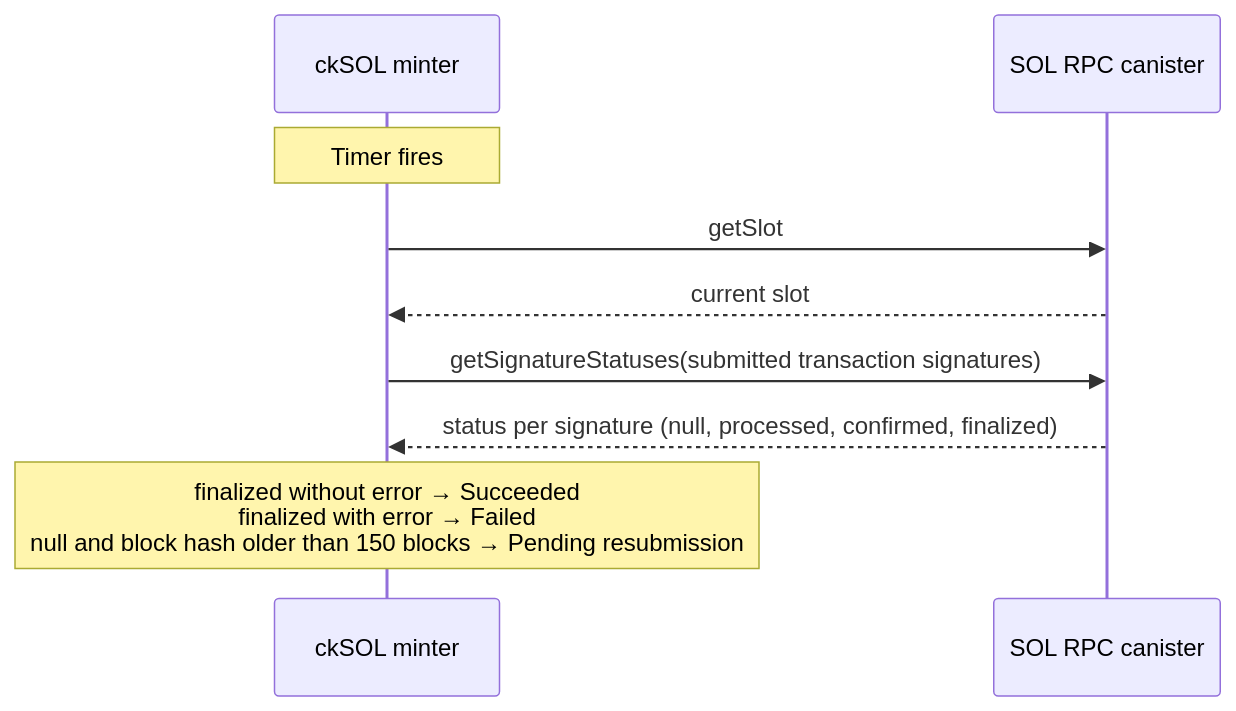
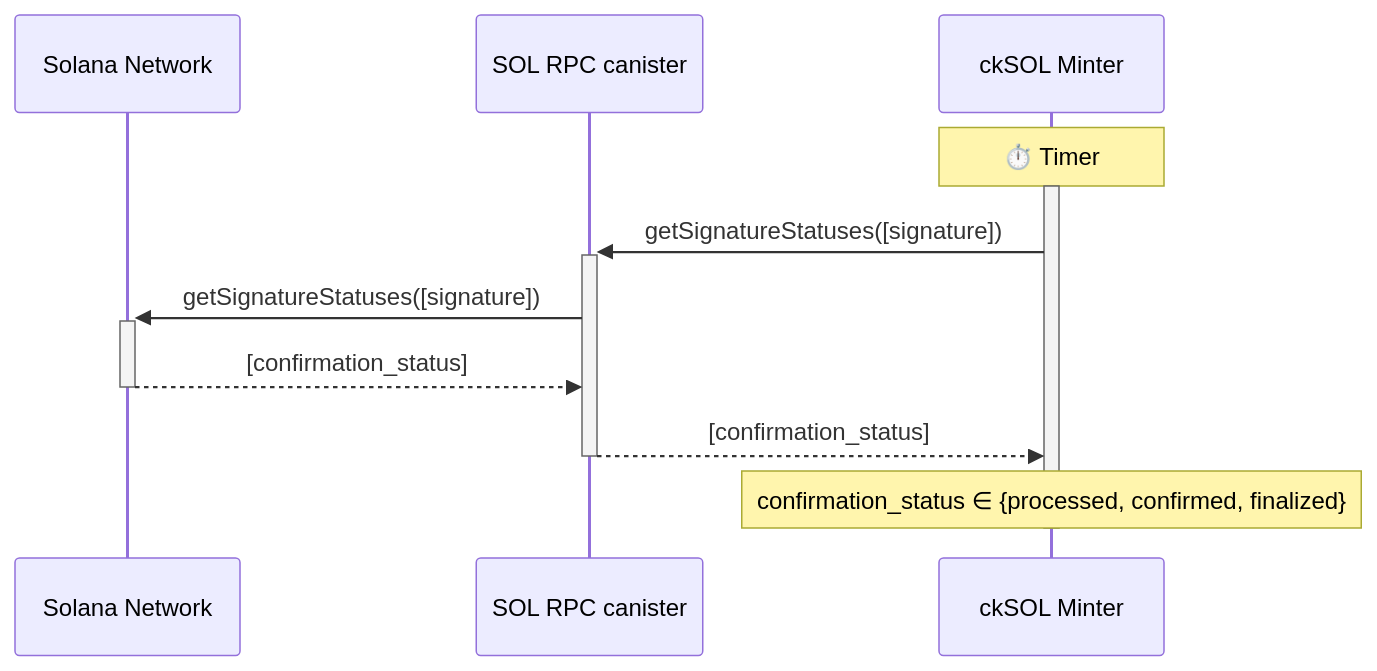
The sixth of 7 diagrams in docs/design.md (dfinity/cksol), drawn with Mermaid before and after one commit.

Commit message:
docs: match the finalization diagram to the original figure
Claude-Session: https://claude.ai/code/session_01VpFpbJ5sgNutGGJUQ5dmkr

````diff
--- a/docs/design.md
+++ b/docs/design.md
@@ -409,12 +409,15 @@
 ```mermaid
 sequenceDiagram
-    participant Minter as ckSOL minter
+    participant Solana as Solana Network
     participant RPC as SOL RPC canister
+    participant Minter as ckSOL Minter
 
-    Note over Minter: Timer fires
-    Minter->>RPC: getSlot
-    RPC-->>Minter: current slot
-    Minter->>RPC: getSignatureStatuses(submitted transaction signatures)
-    RPC-->>Minter: status per signature (null, processed, confirmed, finalized)
-    Note over Minter: finalized without error → Succeeded<br/>finalized with error → Failed<br/>null and block hash older than 150 blocks → Pending resubmission
+    Note over Minter: ⏱️ Timer
+    activate Minter
+    Minter->>+RPC: getSignatureStatuses([signature])
+    RPC->>+Solana: getSignatureStatuses([signature])
+    Solana-->>-RPC: [confirmation_status]
+    RPC-->>-Minter: [confirmation_status]
+    Note over Minter: confirmation_status ∈ {processed, confirmed, finalized}
+    deactivate Minter
 ```
````
